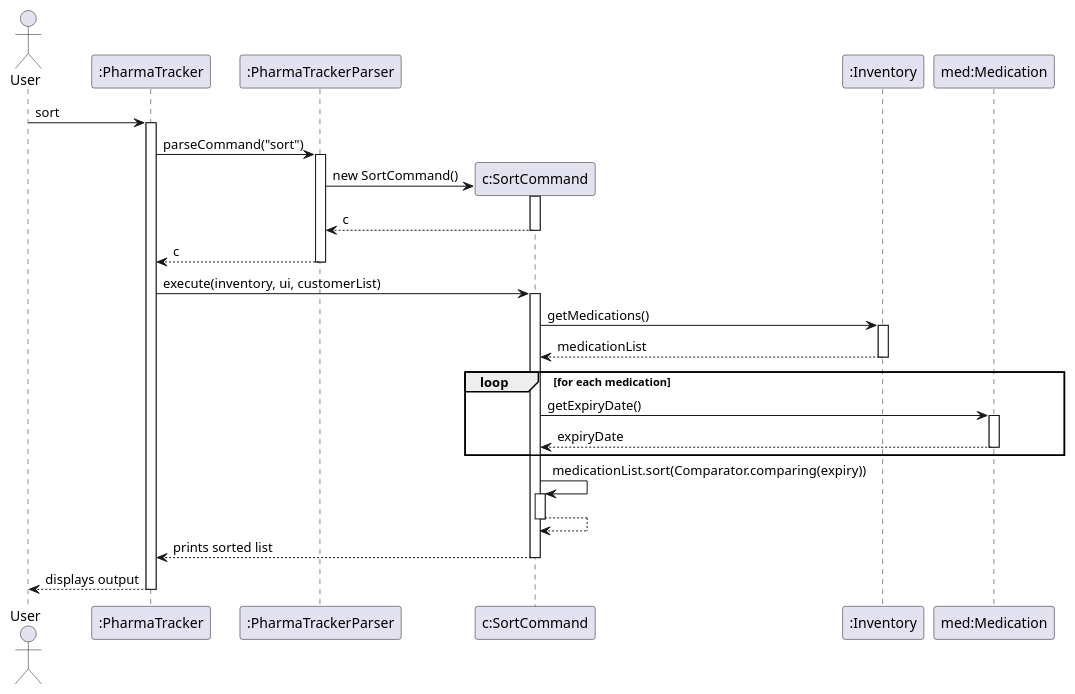
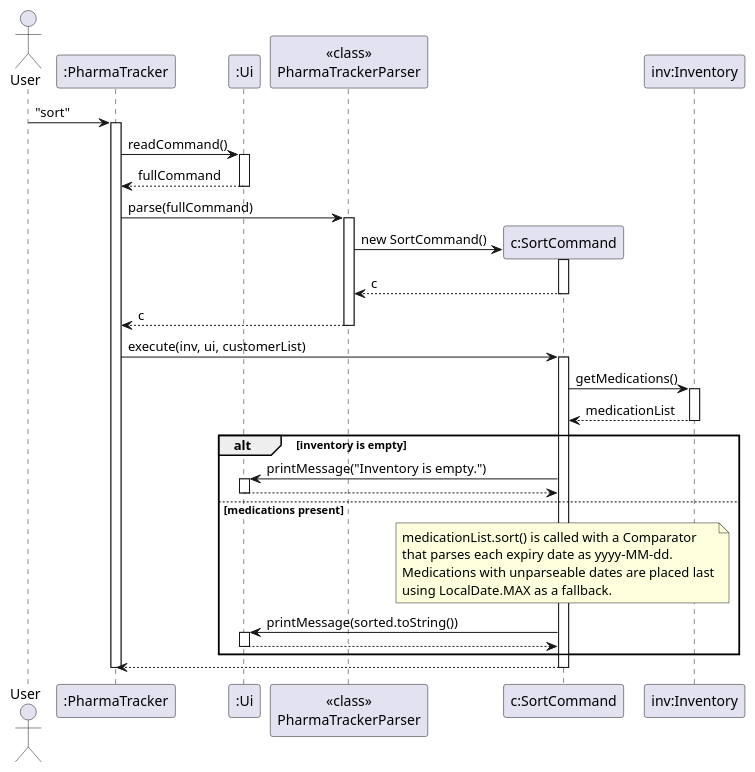
The diagram in docs/diagrams/sortCommandSequenceDiagram.puml (Yaqi66/tp), drawn with PlantUML before and after one commit. The commit also changed 21 other files, not shown here.

Commit message:
Update sequence diagrams

```diff
--- a/docs/diagrams/sortCommandSequenceDiagram.puml
+++ b/docs/diagrams/sortCommandSequenceDiagram.puml
@@ -1,44 +1,62 @@
 @startuml
+skinparam ArrowFontStyle plain
+
 actor User
 participant ":PharmaTracker" as PharmaTracker
-participant ":PharmaTrackerParser" as PharmaTrackerParser
+participant ":Ui" as Ui
+participant "<<class>>\nPharmaTrackerParser" as Parser
 participant "c:SortCommand" as SortCommand
-participant ":Inventory" as Inventory
-participant "med:Medication" as Medication
+participant "inv:Inventory" as Inventory
 
-User -> PharmaTracker : sort
+User -> PharmaTracker : "sort"
 activate PharmaTracker
 
-PharmaTracker -> PharmaTrackerParser : parseCommand("sort")
-activate PharmaTrackerParser
+PharmaTracker -> Ui : readCommand()
+activate Ui
+Ui --> PharmaTracker : fullCommand
+deactivate Ui
+
+PharmaTracker -> Parser : parse(fullCommand)
+activate Parser
 
 create SortCommand
-PharmaTrackerParser -> SortCommand : new SortCommand()
+Parser -> SortCommand : new SortCommand()
 activate SortCommand
-return c
+SortCommand --> Parser : c
+deactivate SortCommand
 
-return c
+Parser --> PharmaTracker : c
+deactivate Parser
 
-PharmaTracker -> SortCommand : execute(inventory, ui, customerList)
+PharmaTracker -> SortCommand : execute(inv, ui, customerList)
 activate SortCommand
 
 SortCommand -> Inventory : getMedications()
 activate Inventory
-return medicationList
+Inventory --> SortCommand : medicationList
+deactivate Inventory
 
-loop for each medication
-    SortCommand -> Medication : getExpiryDate()
-    activate Medication
-    return expiryDate
+alt inventory is empty
+    SortCommand -> Ui : printMessage("Inventory is empty.")
+    activate Ui
+    Ui --> SortCommand
+    deactivate Ui
+else medications present
+    note over SortCommand
+      medicationList.sort() is called with a Comparator
+      that parses each expiry date as yyyy-MM-dd.
+      Medications with unparseable dates are placed last
+      using LocalDate.MAX as a fallback.
+    end note
+
+    SortCommand -> Ui : printMessage(sorted.toString())
+    activate Ui
+    Ui --> SortCommand
+    deactivate Ui
 end
 
-SortCommand -> SortCommand : medicationList.sort(Comparator.comparing(expiry))
-activate SortCommand
-return
-
-SortCommand --> PharmaTracker : prints sorted list
+SortCommand --> PharmaTracker
 deactivate SortCommand
 
-PharmaTracker --> User : displays output
 deactivate PharmaTracker
 @enduml
```
